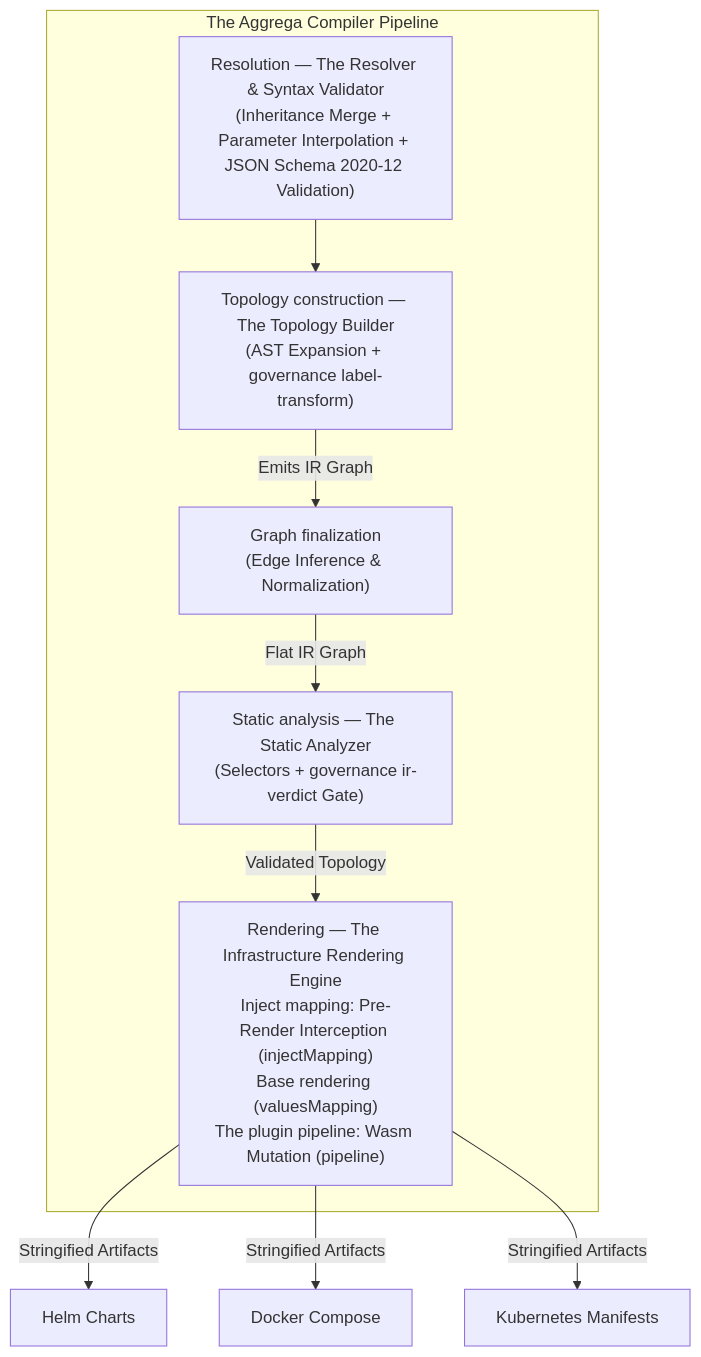
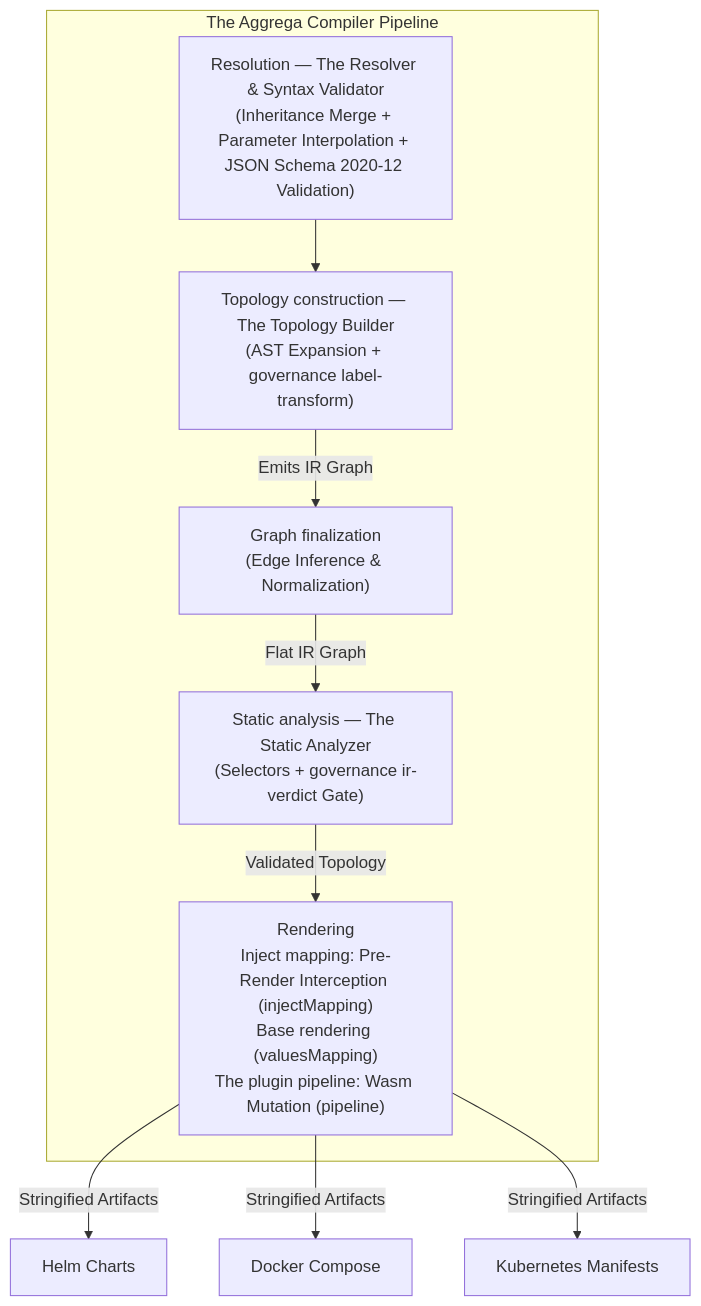
The diagram in architecture/10-compilation-pipeline.md (aggrega-ai/aggrega-docs), drawn with Mermaid before and after one commit. The commit also changed other lines of this file and 16 other files, not shown here.

Commit message:
docs(architecture): retire the rendering-engine framing and correct the plugin type taxonomy

````diff
--- a/architecture/10-compilation-pipeline.md
+++ b/architecture/10-compilation-pipeline.md
@@ -53,16 +53,16 @@
 ```mermaid
 graph TD
     subgraph CLI_Orchestrator ["The Aggrega Compiler Pipeline"]
         A["Resolution — The Resolver & Syntax Validator<br/>(Inheritance Merge + Parameter Interpolation + JSON Schema 2020-12 Validation)"] --> B["Topology construction — The Topology Builder<br/>(AST Expansion + governance label-transform)"]
         
         B -->|"Emits IR Graph"| C["Graph finalization<br/>(Edge Inference & Normalization)"]
         
         C -->|"Flat IR Graph"| D["Static analysis — The Static Analyzer<br/>(Selectors + governance ir-verdict Gate)"]
         
-        D -->|"Validated Topology"| E["Rendering — The Infrastructure Rendering Engine<br/>Inject mapping: Pre-Render Interception (injectMapping)<br/>Base rendering (valuesMapping)<br/>The plugin pipeline: Wasm Mutation (pipeline)"]
+        D -->|"Validated Topology"| E["Rendering<br/>Inject mapping: Pre-Render Interception (injectMapping)<br/>Base rendering (valuesMapping)<br/>The plugin pipeline: Wasm Mutation (pipeline)"]
     end
     
     E -->|"Stringified Artifacts"| F["Helm Charts"]
     E -->|"Stringified Artifacts"| G["Docker Compose"]
     E -->|"Stringified Artifacts"| H["Kubernetes Manifests"]
 ```
````
